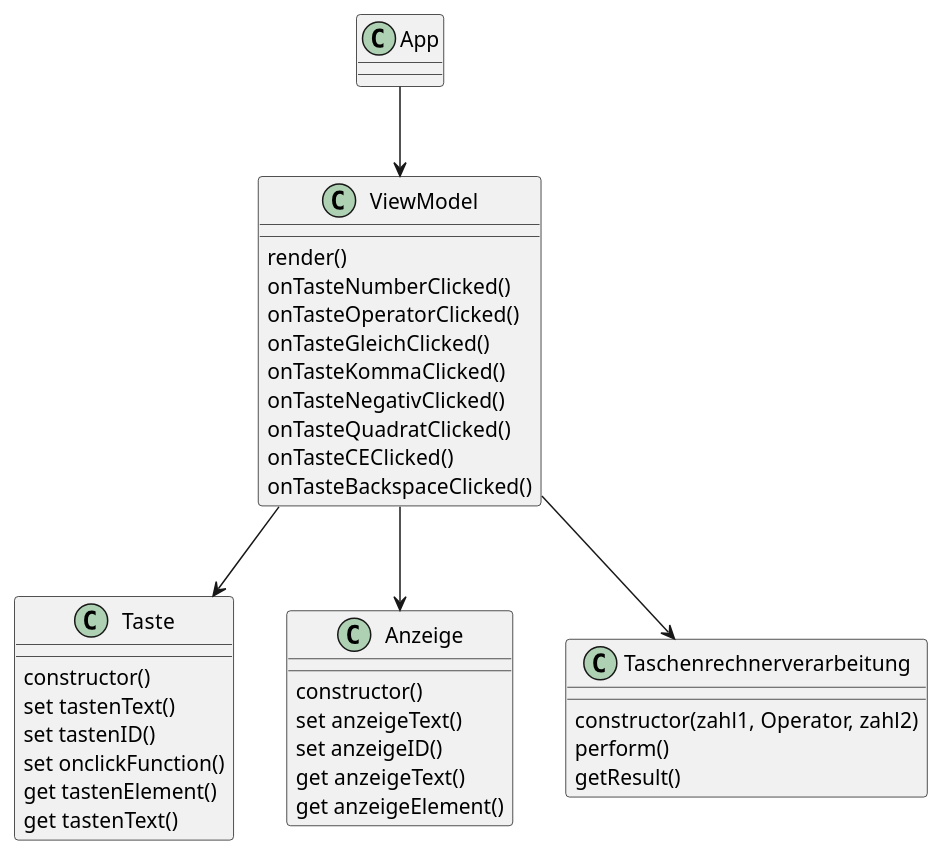
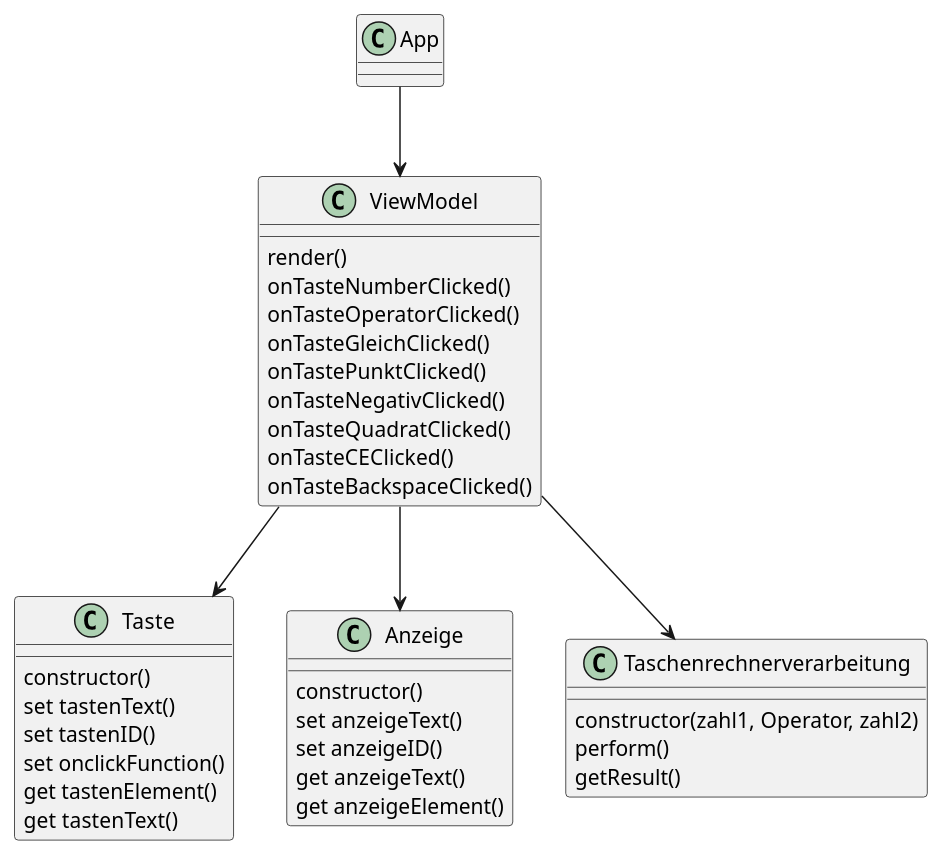
One commit to Larry21t/Taschenrechner1 changed the diagram in puml/KlassendiagrammTaschenrechner.puml. Above: the diagram before and after it, drawn with PlantUML. The commit also changed 2 other files, not shown here.

```diff
--- a/puml/KlassendiagrammTaschenrechner.puml
+++ b/puml/KlassendiagrammTaschenrechner.puml
@@ -1,44 +1,44 @@
 @startuml Taschenrechner Klassendiagramm 
 class App
 
 class Taste{
     constructor()
     set tastenText()
     set tastenID()
     set onclickFunction()
     get tastenElement()
     get tastenText()
 }
 class Anzeige{
     constructor()
     set anzeigeText()
     set anzeigeID()
     get anzeigeText()
     get anzeigeElement()
 
 }
 
 class Taschenrechnerverarbeitung{
     constructor(zahl1, Operator, zahl2)
     perform()
     getResult()
 }
 
 class ViewModel{
     render()
     onTasteNumberClicked()
     onTasteOperatorClicked()
     onTasteGleichClicked()
-    onTasteKommaClicked()
+    onTastePunktClicked()
     onTasteNegativClicked()
     onTasteQuadratClicked()
     onTasteCEClicked()
     onTasteBackspaceClicked()
 }
 
 App --> ViewModel
 ViewModel --> Taste
 ViewModel --> Anzeige
 ViewModel --> Taschenrechnerverarbeitung
 
 @enduml
```
